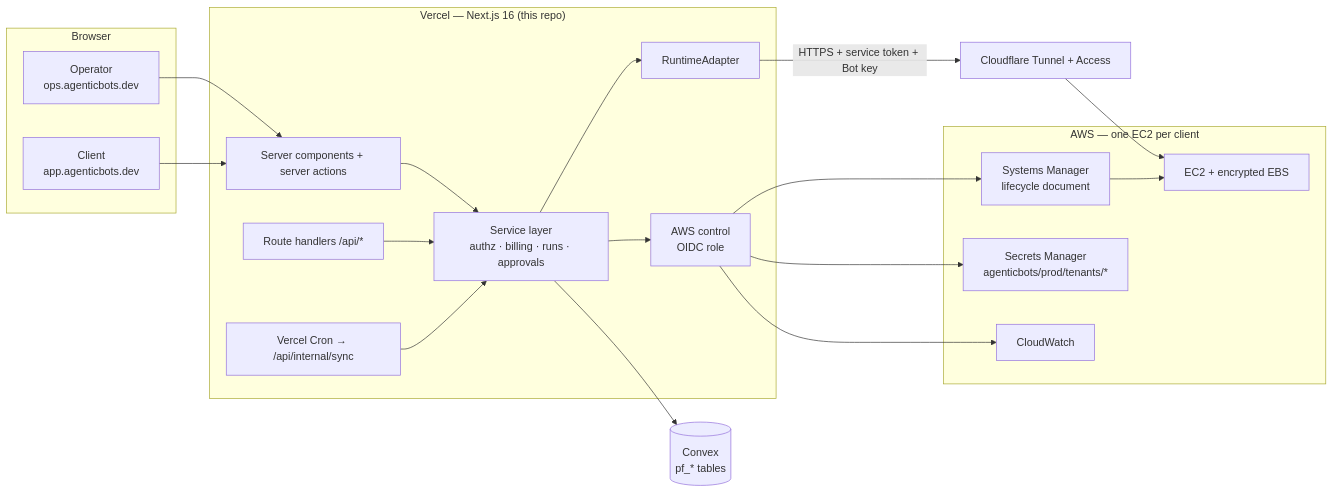
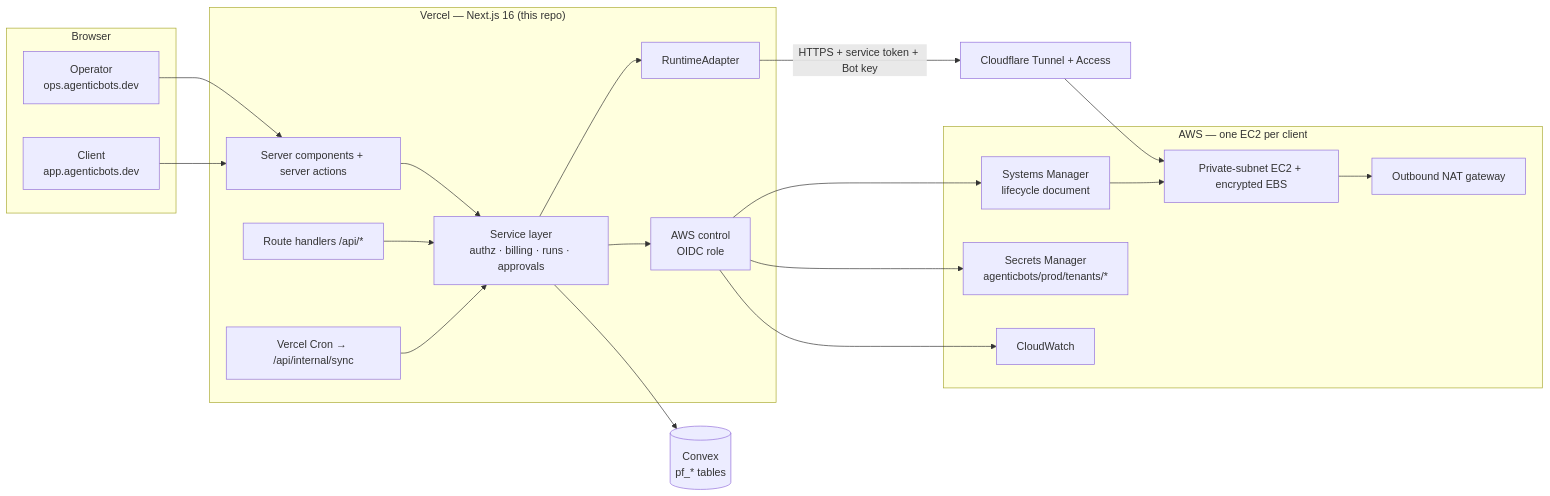
Before and after one commit to AgenticBotting/agenticbots: the first of 13 diagrams in docs/ARCHITECTURE.md, drawn with Mermaid. The commit also changed other lines of this file and 11 other files, not shown here.

````diff
--- a/docs/ARCHITECTURE.md
+++ b/docs/ARCHITECTURE.md
@@ -16,34 +16,36 @@
 ```mermaid
 flowchart LR
   subgraph Browser
     OP[Operator<br/>ops.agenticbots.dev]
     CL[Client<br/>app.agenticbots.dev]
   end
   subgraph Vercel["Vercel — Next.js 16 (this repo)"]
     UI[Server components + server actions]
     API[Route handlers /api/*]
     SVC[Service layer<br/>authz · billing · runs · approvals]
     RA[RuntimeAdapter]
     AWSC[AWS control<br/>OIDC role]
     CRON[Vercel Cron → /api/internal/sync]
   end
   DB[(Convex<br/>pf_* tables)]
   subgraph AWS["AWS — one EC2 per client"]
     SSM[Systems Manager<br/>lifecycle document]
     SM[Secrets Manager<br/>agenticbots/prod/tenants/*]
-    EC2[EC2 + encrypted EBS]
+    NAT[Outbound NAT gateway]
+    EC2[Private-subnet EC2 + encrypted EBS]
     CW[CloudWatch]
   end
   CF[Cloudflare Tunnel + Access]
   OP --> UI
   CL --> UI
   UI --> SVC
   API --> SVC
   CRON --> SVC
   SVC --> DB
   SVC --> RA
   RA -- HTTPS + service token + Bot key --> CF --> EC2
+  EC2 --> NAT
   SVC --> AWSC --> SSM --> EC2
   AWSC --> SM
   AWSC --> CW
 ```
````
